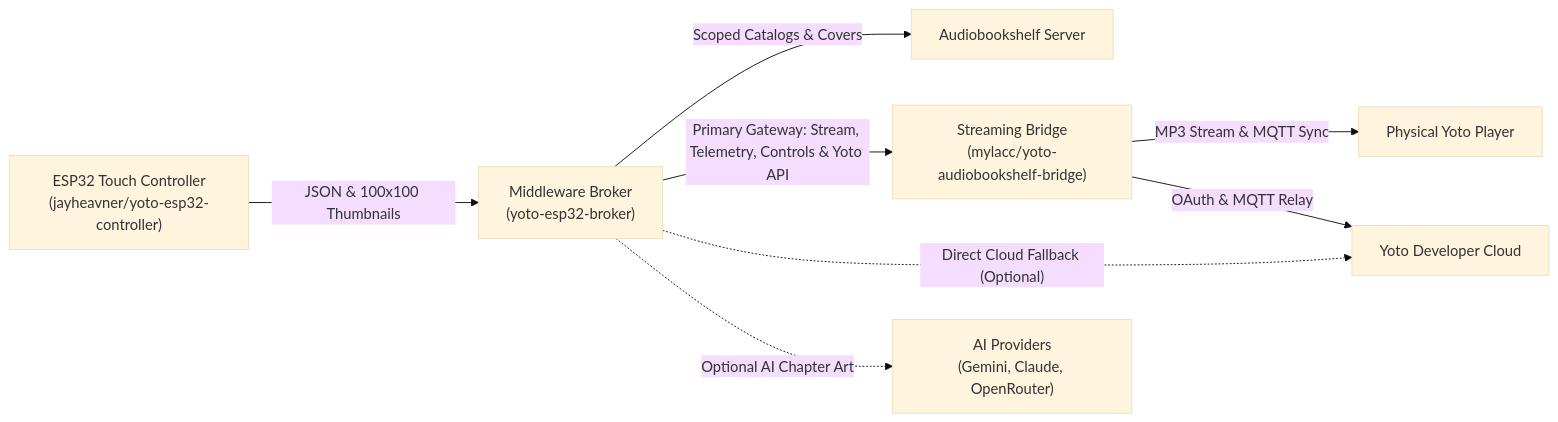
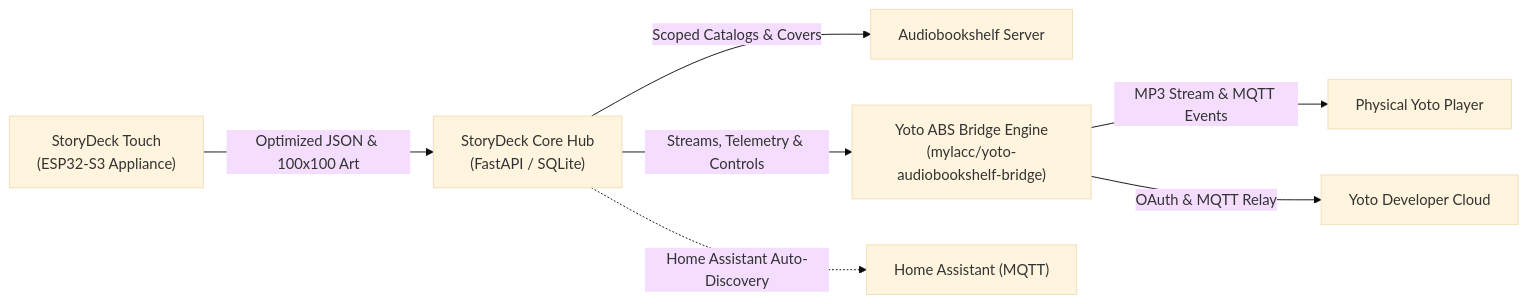
The diagram in README.md (YotoStoryDeck/core), drawn with Mermaid (base theme) before and after one commit. The commit also changed other lines of this file, not shown here.

Commit message:
docs: rewrite README with StoryDeck branding and upstream attributions

````diff
--- a/README.md
+++ b/README.md
@@ -20,10 +22,9 @@
 ```mermaid
 flowchart LR
-    ESP32["ESP32 Touch Controller<br/>(jayheavner/yoto-esp32-controller)"] -->|"JSON & 100x100 Thumbnails"| Broker["Middleware Broker<br/>(yoto-esp32-broker)"]
-    Broker -->|"Scoped Catalogs & Covers"| ABS["Audiobookshelf Server"]
-    Broker -->|"Primary Gateway: Stream, Telemetry, Controls & Yoto API"| Bridge["Streaming Bridge<br/>(mylacc/yoto-audiobookshelf-bridge)"]
-    Broker -.->|"Direct Cloud Fallback (Optional)"| YotoCloud["Yoto Developer Cloud"]
-    Broker -.->|"Optional AI Chapter Art"| AI["AI Providers<br/>(Gemini, Claude, OpenRouter)"]
-    Bridge -->|"MP3 Stream & MQTT Sync"| YotoPlayer["Physical Yoto Player"]
-    Bridge -->|"OAuth & MQTT Relay"| YotoCloud
+    Touch["StoryDeck Touch<br/>(ESP32-S3 Appliance)"] -->|"Optimized JSON & 100x100 Art"| Core["StoryDeck Core Hub<br/>(FastAPI / SQLite)"]
+    Core -->|"Scoped Catalogs & Covers"| ABS["Audiobookshelf Server"]
+    Core -->|"Streams, Telemetry & Controls"| Bridge["Yoto ABS Bridge Engine<br/>(mylacc/yoto-audiobookshelf-bridge)"]
+    Core -.->|"Home Assistant Auto-Discovery"| HA["Home Assistant (MQTT)"]
+    Bridge -->|"MP3 Stream & MQTT Events"| YotoPlayer["Physical Yoto Player"]
+    Bridge -->|"OAuth & MQTT Relay"| YotoCloud["Yoto Developer Cloud"]
 ```
````
